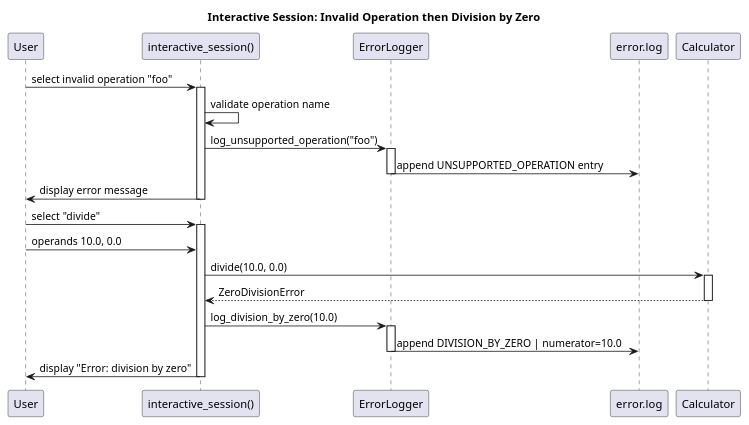
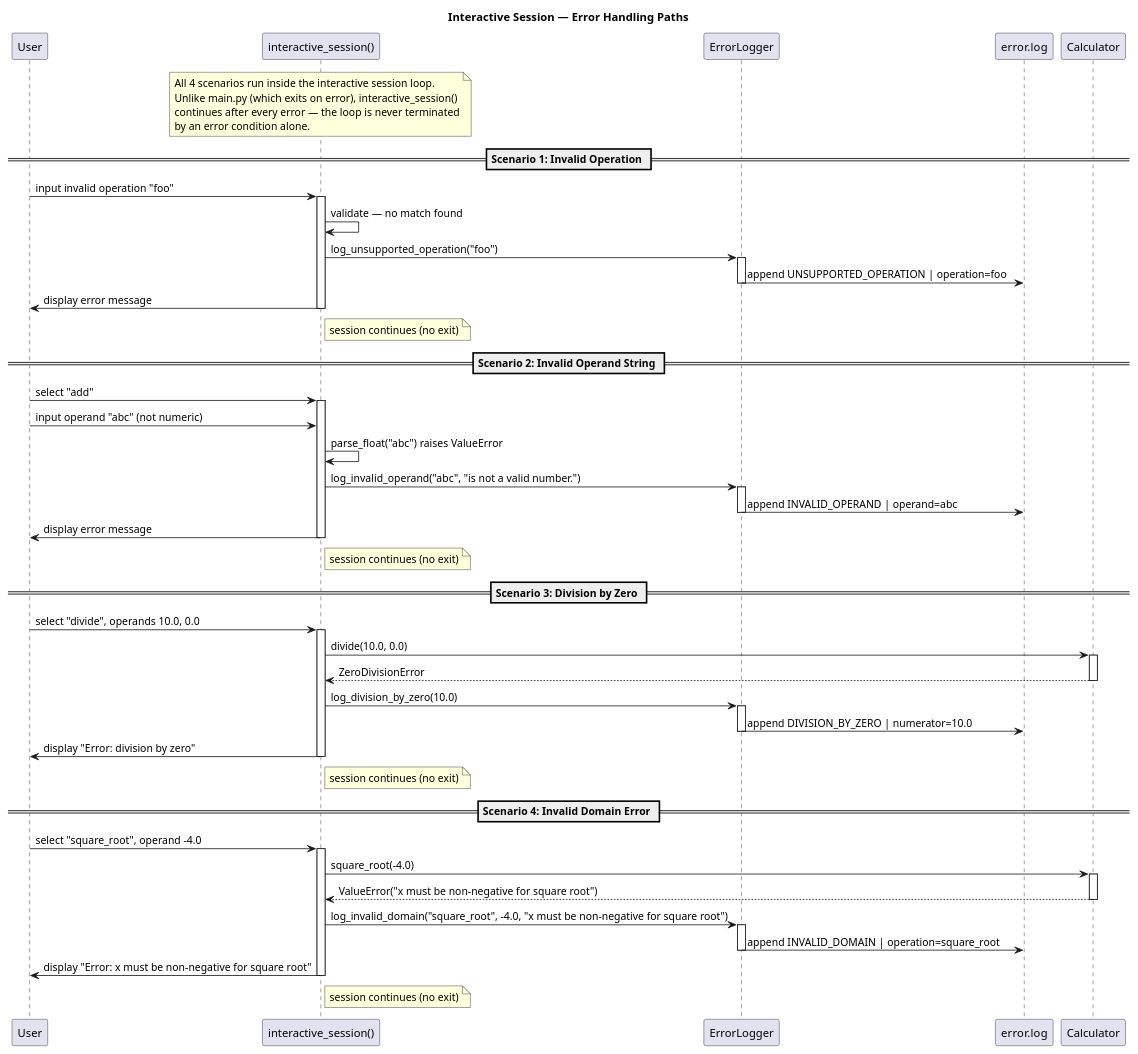
One commit to DanielRiha8906/Calculator_bachelor_autoevolution_team changed the diagram in artifacts/sequence_interactive_session_errors.puml. Above: the diagram before and after it, drawn with PlantUML. The commit also changed 1 other file, not shown here.

Commit message:
docs: expand interactive session error sequence diagram with 4 scenarios

```diff
--- a/artifacts/sequence_interactive_session_errors.puml
+++ b/artifacts/sequence_interactive_session_errors.puml
@@ -1,34 +1,76 @@
 @startuml sequence_interactive_session_errors
-title Interactive Session: Invalid Operation then Division by Zero
+title Interactive Session — Error Handling Paths
 
 participant "User" as user
 participant "interactive_session()" as session
 participant "ErrorLogger" as logger
 participant "error.log" as logfile
 participant "Calculator" as calc
 
-user -> session: select invalid operation "foo"
+note over session
+  All 4 scenarios run inside the interactive session loop.
+  Unlike main.py (which exits on error), interactive_session()
+  continues after every error — the loop is never terminated
+  by an error condition alone.
+end note
+
+== Scenario 1: Invalid Operation ==
+
+user -> session: input invalid operation "foo"
 activate session
-session -> session: validate operation name
+session -> session: validate — no match found
 session -> logger: log_unsupported_operation("foo")
 activate logger
-logger -> logfile: append UNSUPPORTED_OPERATION entry
+logger -> logfile: append UNSUPPORTED_OPERATION | operation=foo
 deactivate logger
 session -> user: display error message
+note right of session: session continues (no exit)
 deactivate session
 
-user -> session: select "divide"
+== Scenario 2: Invalid Operand String ==
+
+user -> session: select "add"
 activate session
-user -> session: operands 10.0, 0.0
+user -> session: input operand "abc" (not numeric)
+session -> session: parse_float("abc") raises ValueError
+session -> logger: log_invalid_operand("abc", "is not a valid number.")
+activate logger
+logger -> logfile: append INVALID_OPERAND | operand=abc
+deactivate logger
+session -> user: display error message
+note right of session: session continues (no exit)
+deactivate session
+
+== Scenario 3: Division by Zero ==
+
+user -> session: select "divide", operands 10.0, 0.0
+activate session
 session -> calc: divide(10.0, 0.0)
 activate calc
 calc --> session: ZeroDivisionError
 deactivate calc
 session -> logger: log_division_by_zero(10.0)
 activate logger
 logger -> logfile: append DIVISION_BY_ZERO | numerator=10.0
 deactivate logger
 session -> user: display "Error: division by zero"
+note right of session: session continues (no exit)
+deactivate session
+
+== Scenario 4: Invalid Domain Error ==
+
+user -> session: select "square_root", operand -4.0
+activate session
+session -> calc: square_root(-4.0)
+activate calc
+calc --> session: ValueError("x must be non-negative for square root")
+deactivate calc
+session -> logger: log_invalid_domain("square_root", -4.0, "x must be non-negative for square root")
+activate logger
+logger -> logfile: append INVALID_DOMAIN | operation=square_root
+deactivate logger
+session -> user: display "Error: x must be non-negative for square root"
+note right of session: session continues (no exit)
 deactivate session
 
 @enduml
```
